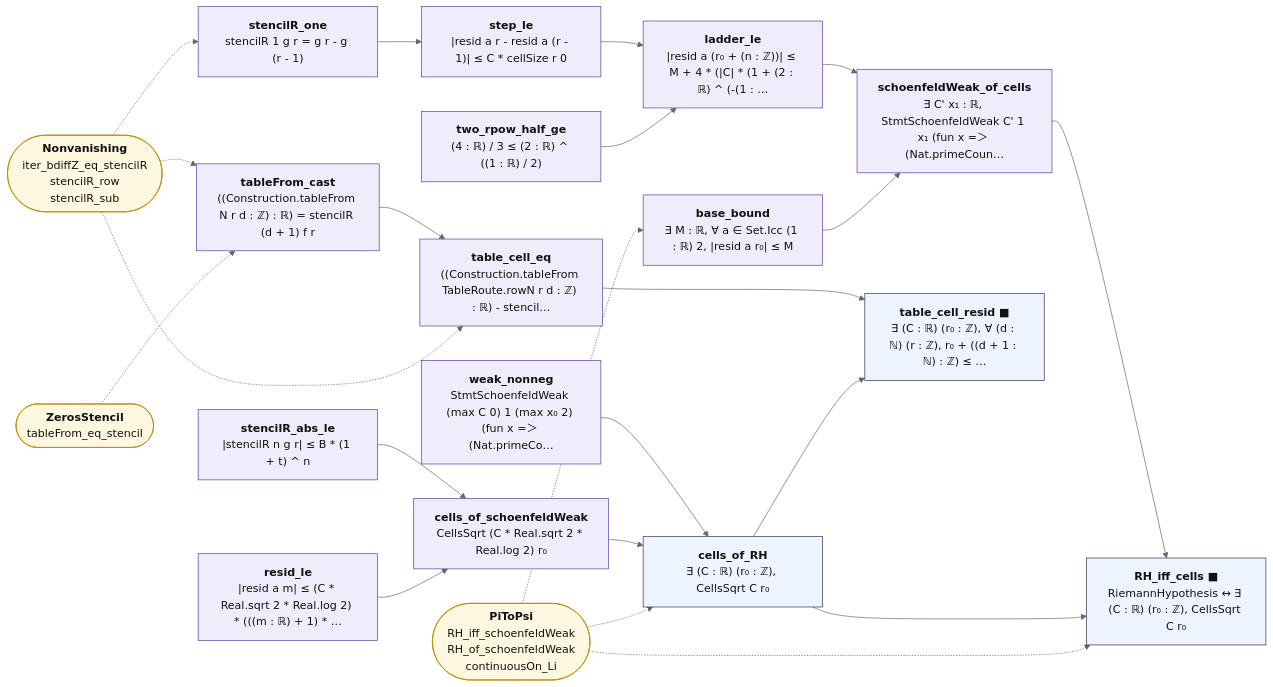
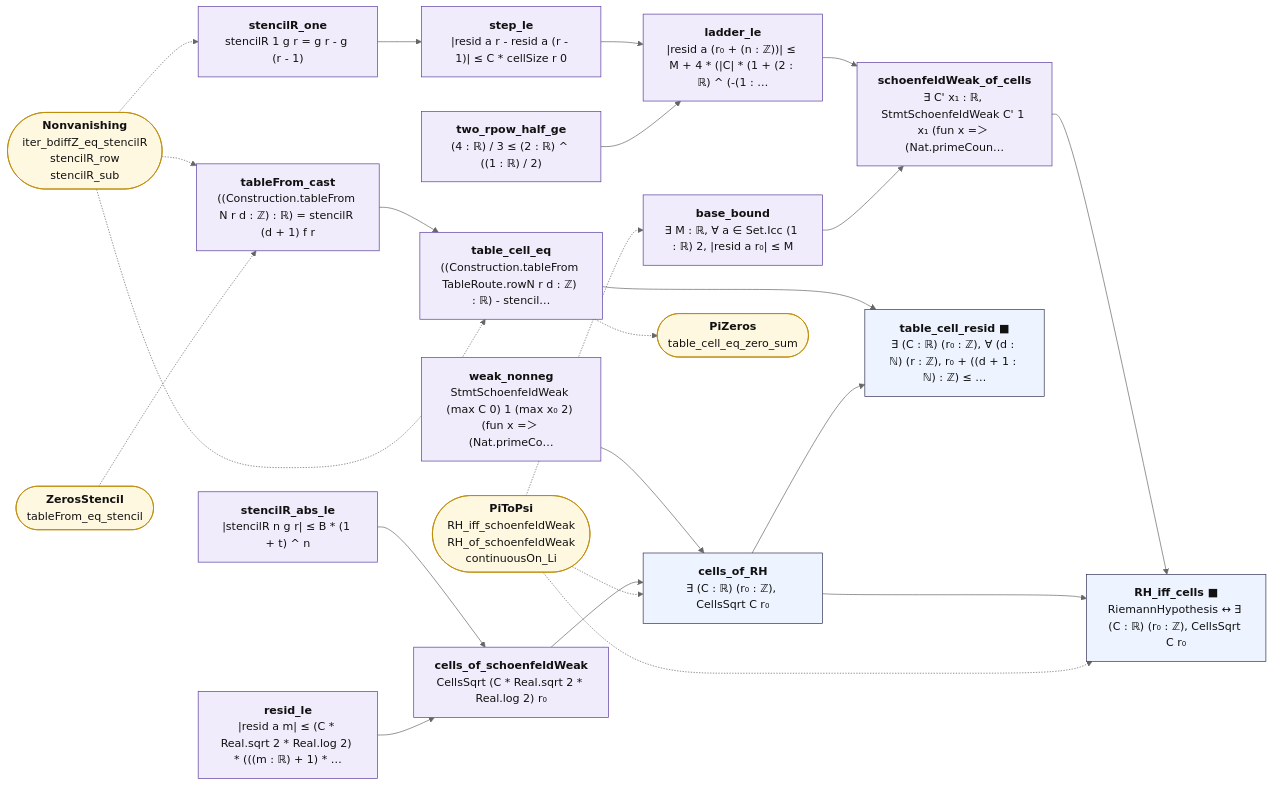
The diagram in map/lean_stage3/CellResidual.mmd (juliansambranojr/Primebeat_081426), drawn with Mermaid (neutral theme) before and after one commit. The commit also changed 55 other files, not shown here.

First line of the commit message:
T2 and T3a: the integer table's cell as a sum over the zeros; the height along the rows (units 0441, 0442)

```diff
--- a/map/lean_stage3/CellResidual.mmd
+++ b/map/lean_stage3/CellResidual.mmd
@@ -1,48 +1,50 @@
 flowchart LR
   n0["<b>stencilR_abs_le</b><br/>|stencilR n g r| ≤ B * (1 + t) ^ n"]:::shp
   n1["<b>stencilR_one</b><br/>stencilR 1 g r = g r - g (r - 1)"]:::shp
   n2["<b>weak_nonneg</b><br/>StmtSchoenfeldWeak (max C 0) 1 (max x₀ 2) (fun x =＞ (Nat.primeCo…"]:::shp
   n3["<b>resid_le</b><br/>|resid a m| ≤ (C * Real.sqrt 2 * Real.log 2) * (((m : ℝ) + 1) * …"]:::shp
   n4["<b>cells_of_schoenfeldWeak</b><br/>CellsSqrt (C * Real.sqrt 2 * Real.log 2) r₀"]:::shp
   n5["<b>cells_of_RH</b><br/>∃ (C : ℝ) (r₀ : ℤ), CellsSqrt C r₀"]:::thm
   n6["<b>step_le</b><br/>|resid a r - resid a (r - 1)| ≤ C * cellSize r 0"]:::shp
   n7["<b>two_rpow_half_ge</b><br/>(4 : ℝ) / 3 ≤ (2 : ℝ) ^ ((1 : ℝ) / 2)"]:::shp
   n8["<b>ladder_le</b><br/>|resid a (r₀ + (n : ℤ))| ≤ M + 4 * (|C| * (1 + (2 : ℝ) ^ (-(1 : …"]:::shp
   n9["<b>base_bound</b><br/>∃ M : ℝ, ∀ a ∈ Set.Icc (1 : ℝ) 2, |resid a r₀| ≤ M"]:::shp
   n10["<b>schoenfeldWeak_of_cells</b><br/>∃ C' x₁ : ℝ, StmtSchoenfeldWeak C' 1 x₁ (fun x =＞ (Nat.primeCoun…"]:::shp
   n11["<b>RH_iff_cells ■</b><br/>RiemannHypothesis ↔ ∃ (C : ℝ) (r₀ : ℤ), CellsSqrt C r₀"]:::thm
   n12["<b>tableFrom_cast</b><br/>((Construction.tableFrom N r d : ℤ) : ℝ) = stencilR (d + 1) f r"]:::shp
   n13["<b>table_cell_eq</b><br/>((Construction.tableFrom TableRoute.rowN r d : ℤ) : ℝ) - stencil…"]:::shp
   n14["<b>table_cell_resid ■</b><br/>∃ (C : ℝ) (r₀ : ℤ), ∀ (d : ℕ) (r : ℤ), r₀ + ((d + 1 : ℕ) : ℤ) ≤ …"]:::thm
   x0(["<b>Nonvanishing</b><br/>iter_bdiffZ_eq_stencilR<br/>stencilR_row<br/>stencilR_sub"]):::ext
   x1(["<b>PiToPsi</b><br/>RH_iff_schoenfeldWeak<br/>RH_of_schoenfeldWeak<br/>continuousOn_Li"]):::ext
   x2(["<b>ZerosStencil</b><br/>tableFrom_eq_stencil"]):::ext
+  x3(["<b>PiZeros</b><br/>table_cell_eq_zero_sum"]):::ext
   n0 --> n4
   n1 --> n6
   n10 --> n11
   n12 --> n13
   n13 --> n14
   n2 --> n5
   n3 --> n4
   n4 --> n5
   n5 --> n11
   n5 --> n14
   n6 --> n8
   n7 --> n8
   n8 --> n10
   n9 --> n10
+  n13 -.-> x3
   x0 -.-> n1
   x0 -.-> n12
   x0 -.-> n13
   x1 -.-> n11
   x1 -.-> n5
   x1 -.-> n9
   x2 -.-> n12
   classDef cnt fill:#dff5ec,stroke:#17694a,color:#111
   classDef shp fill:#f1ecfb,stroke:#5b3fa0,color:#111
   classDef rh fill:#ffe5e5,stroke:#c22,color:#111,stroke-width:2px
   classDef thm fill:#eef4ff,stroke:#335,color:#111
   classDef end_ fill:#e7f7e7,stroke:#2a7,color:#111,stroke-width:2px
   classDef lone fill:#fff,stroke:#999,color:#111,stroke-dasharray:4 3
   classDef bad fill:#ffe5e5,stroke:#c22,color:#111,stroke-width:2px
   classDef ext fill:#fff8e1,stroke:#b80,color:#111
```
